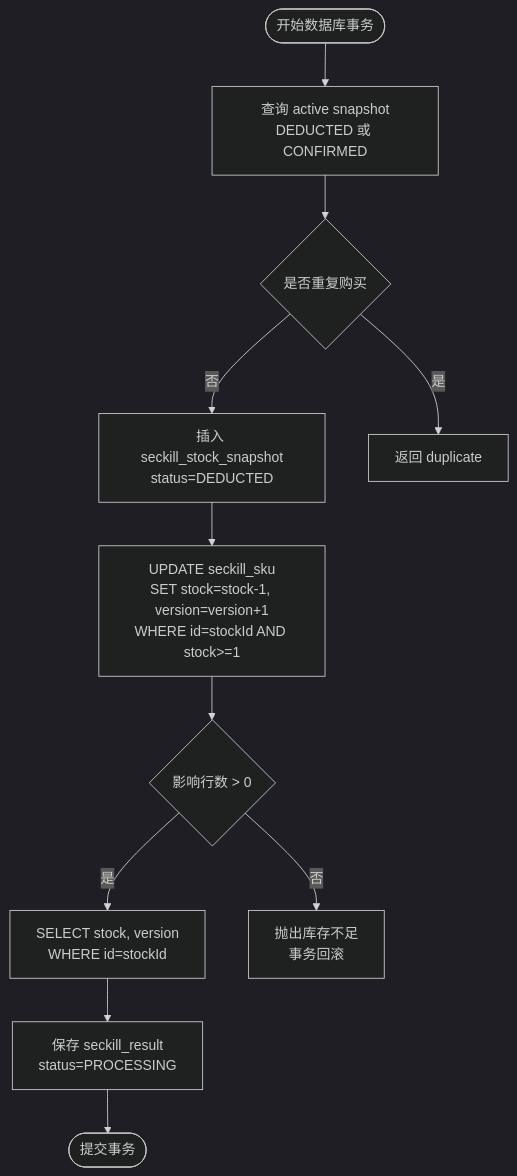
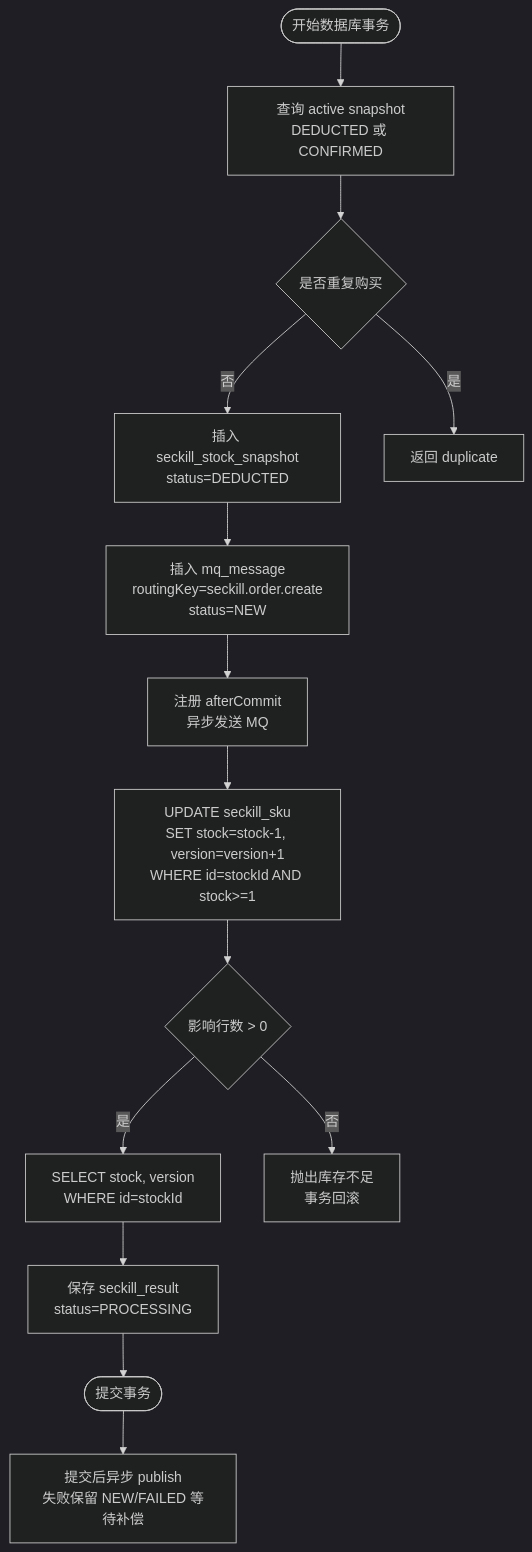
The third of 6 diagrams in docs/seckill-current-architecture-flow.md (fenglingyidong/mall), drawn with Mermaid (dark theme) before and after one commit. The commit also changed other lines of this file and 40 other files, not shown here.

````diff
--- a/docs/seckill-current-architecture-flow.md
+++ b/docs/seckill-current-architecture-flow.md
@@ -145,20 +165,23 @@
 ```mermaid
 flowchart TD
     TxStart([开始数据库事务])
     Duplicate[查询 active snapshot<br/>DEDUCTED 或 CONFIRMED]
     IsDuplicate{是否重复购买}
     InsertSnapshot[插入 seckill_stock_snapshot<br/>status=DEDUCTED]
+    SaveOutbox[插入 mq_message<br/>routingKey=seckill.order.create<br/>status=NEW]
+    RegisterDispatch[注册 afterCommit<br/>异步发送 MQ]
     UpdateStock[UPDATE seckill_sku<br/>SET stock=stock-1, version=version+1<br/>WHERE id=stockId AND stock>=1]
     Updated{影响行数 > 0}
     SelectVersion[SELECT stock, version<br/>WHERE id=stockId]
     SaveProcessing[保存 seckill_result<br/>status=PROCESSING]
     Commit([提交事务])
+    Dispatch[提交后异步 publish<br/>失败保留 NEW/FAILED 等待补偿]
     DuplicateReturn[返回 duplicate]
     NotEnough[抛出库存不足<br/>事务回滚]
 
     TxStart --> Duplicate --> IsDuplicate
     IsDuplicate -- 是 --> DuplicateReturn
-    IsDuplicate -- 否 --> InsertSnapshot --> UpdateStock --> Updated
+    IsDuplicate -- 否 --> InsertSnapshot --> SaveOutbox --> RegisterDispatch --> UpdateStock --> Updated
     Updated -- 否 --> NotEnough
-    Updated -- 是 --> SelectVersion --> SaveProcessing --> Commit
+    Updated -- 是 --> SelectVersion --> SaveProcessing --> Commit --> Dispatch
 ```
````
